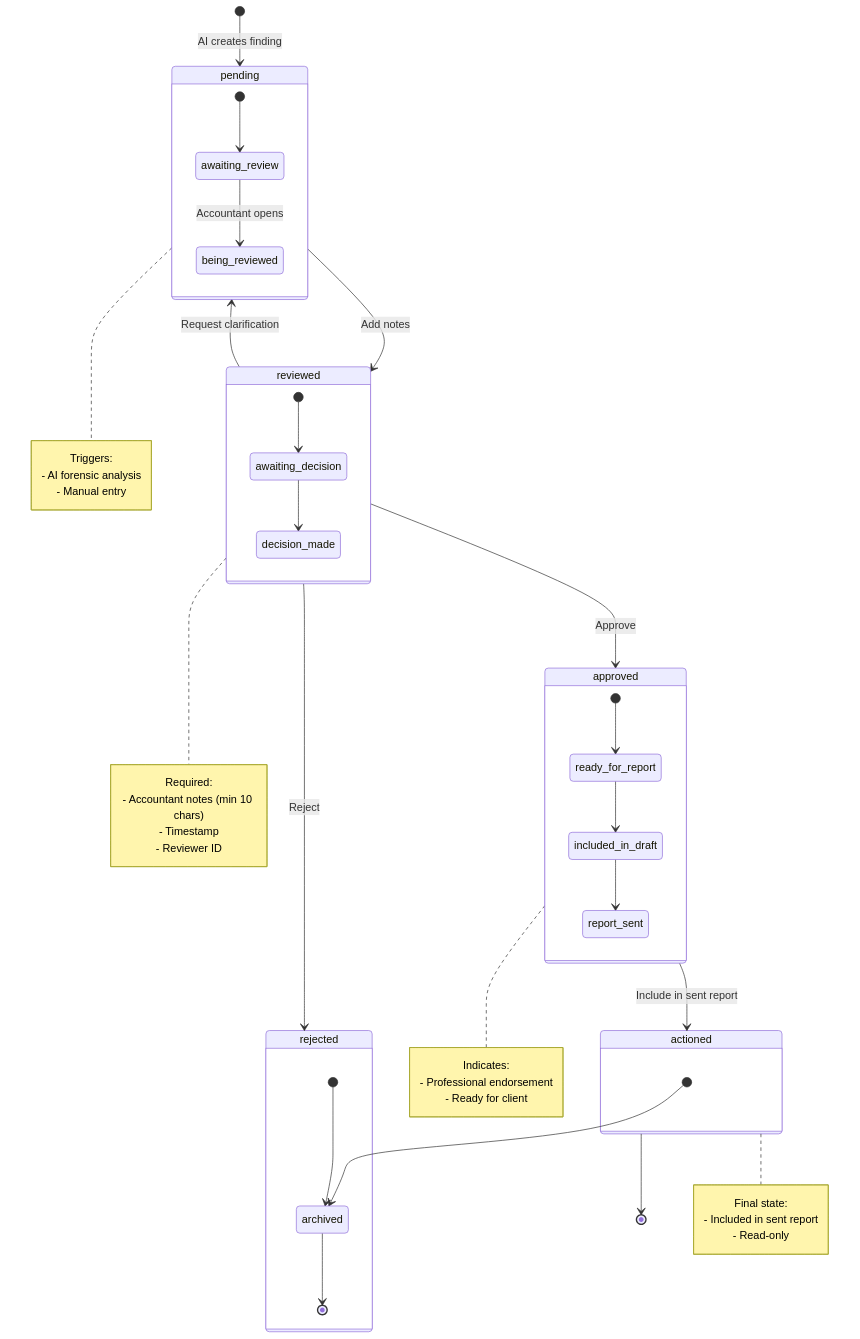
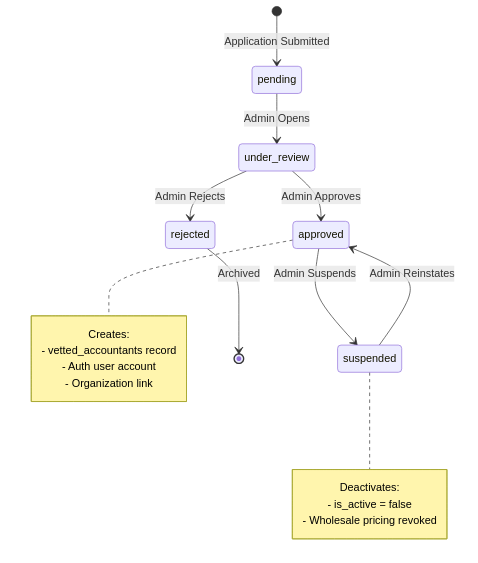
Before and after one commit to CleanExpo/ATO: diagram 11 of 15 in docs/diagrams/accountant-workflow-system.md, drawn with Mermaid. The commit also changed other lines of this file and 4 other files, not shown here.

First line of the commit message:
Update accountant workflow architecture docs to match implementation (ORCH-ACC-001)

````diff
--- a/docs/diagrams/accountant-workflow-system.md
+++ b/docs/diagrams/accountant-workflow-system.md
@@ -548,64 +470,23 @@
 ```mermaid
 stateDiagram-v2
-    [*] --> pending: AI creates finding
+    [*] --> pending: Application Submitted
+    pending --> under_review: Admin Opens
+    under_review --> approved: Admin Approves
+    under_review --> rejected: Admin Rejects
+    approved --> suspended: Admin Suspends
+    suspended --> approved: Admin Reinstates
+    rejected --> [*]: Archived
 
-    state pending {
-        [*] --> awaiting_review
-        awaiting_review --> being_reviewed: Accountant opens
-    }
-
-    pending --> reviewed: Add notes
-
-    state reviewed {
-        [*] --> awaiting_decision
-        awaiting_decision --> decision_made
-    }
-
-    reviewed --> approved: Approve
-    reviewed --> rejected: Reject
-    reviewed --> pending: Request clarification
-
-    state approved {
-        [*] --> ready_for_report
-        ready_for_report --> included_in_draft
-        included_in_draft --> report_sent
-    }
-
-    approved --> actioned: Include in sent report
-
-    state actioned {
-        [*] --> archived
-    }
-
-    state rejected {
-        [*] --> archived
-        archived --> [*]
-    }
-
-    actioned --> [*]
-
-    note right of pending
-        Triggers:
-        - AI forensic analysis
-        - Manual entry
+    note right of approved
+        Creates:
+        - vetted_accountants record
+        - Auth user account
+        - Organization link
     end note
 
-    note right of reviewed
-        Required:
-        - Accountant notes (min 10 chars)
-        - Timestamp
-        - Reviewer ID
-    end note
-
-    note right of approved
-        Indicates:
-        - Professional endorsement
-        - Ready for client
-    end note
-
-    note right of actioned
-        Final state:
-        - Included in sent report
-        - Read-only
+    note right of suspended
+        Deactivates:
+        - is_active = false
+        - Wholesale pricing revoked
     end note
 ```
````
